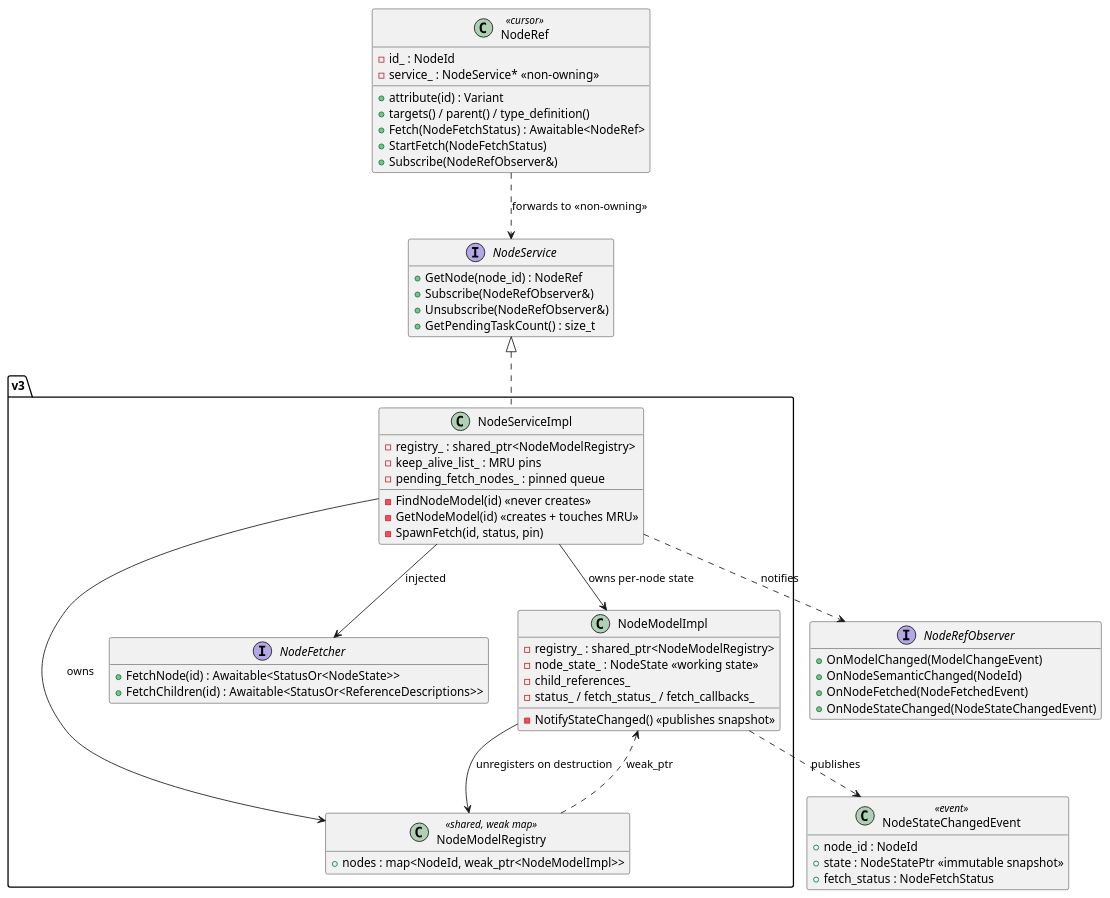
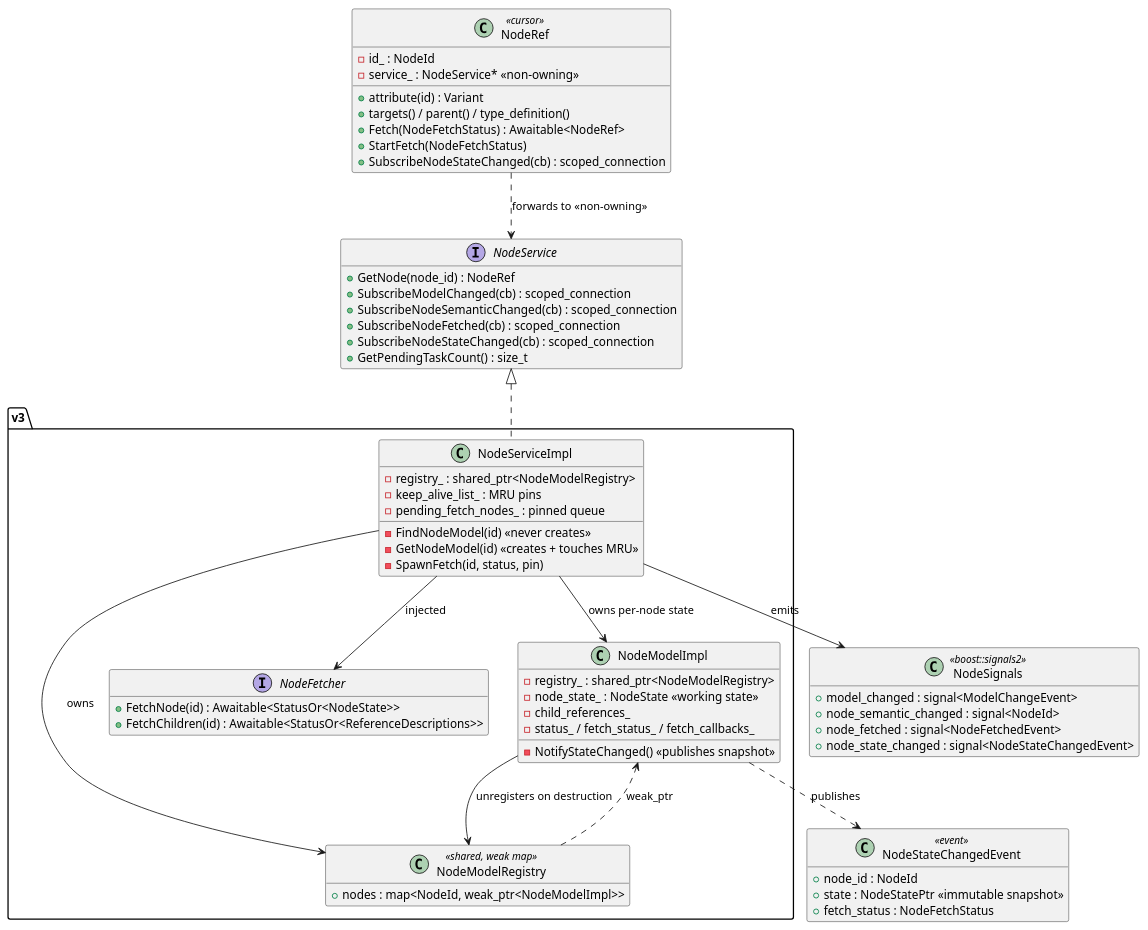
Before and after one commit to alexsmn/scada-common: the diagram in docs/diagrams/node_service_classes.puml, drawn with PlantUML. The commit also changed 5 other files, not shown here.

```diff
--- a/docs/diagrams/node_service_classes.puml
+++ b/docs/diagrams/node_service_classes.puml
@@ -1,74 +1,76 @@
 @startuml node_service_classes
 ' Core NodeService abstractions and the v3 implementation.
 skinparam backgroundColor #FFFFFF
 skinparam shadowing false
 hide empty members
 
 interface NodeService {
   +GetNode(node_id) : NodeRef
-  +Subscribe(NodeRefObserver&)
-  +Unsubscribe(NodeRefObserver&)
+  +SubscribeModelChanged(cb) : scoped_connection
+  +SubscribeNodeSemanticChanged(cb) : scoped_connection
+  +SubscribeNodeFetched(cb) : scoped_connection
+  +SubscribeNodeStateChanged(cb) : scoped_connection
   +GetPendingTaskCount() : size_t
 }
 
 class NodeRef <<cursor>> {
   -id_ : NodeId
   -service_ : NodeService* <<non-owning>>
   +attribute(id) : Variant
   +targets() / parent() / type_definition()
   +Fetch(NodeFetchStatus) : Awaitable<NodeRef>
   +StartFetch(NodeFetchStatus)
-  +Subscribe(NodeRefObserver&)
+  +SubscribeNodeStateChanged(cb) : scoped_connection
 }
 
-interface NodeRefObserver {
-  +OnModelChanged(ModelChangeEvent)
-  +OnNodeSemanticChanged(NodeId)
-  +OnNodeFetched(NodeFetchedEvent)
-  +OnNodeStateChanged(NodeStateChangedEvent)
+class NodeSignals <<boost::signals2>> {
+  +model_changed : signal<ModelChangeEvent>
+  +node_semantic_changed : signal<NodeId>
+  +node_fetched : signal<NodeFetchedEvent>
+  +node_state_changed : signal<NodeStateChangedEvent>
 }
 
 class NodeStateChangedEvent <<event>> {
   +node_id : NodeId
   +state : NodeStatePtr <<immutable snapshot>>
   +fetch_status : NodeFetchStatus
 }
 
 package "v3" {
   class NodeServiceImpl {
     -registry_ : shared_ptr<NodeModelRegistry>
     -keep_alive_list_ : MRU pins
     -pending_fetch_nodes_ : pinned queue
     -FindNodeModel(id) <<never creates>>
     -GetNodeModel(id) <<creates + touches MRU>>
     -SpawnFetch(id, status, pin)
   }
 
   class NodeModelImpl {
     -registry_ : shared_ptr<NodeModelRegistry>
     -node_state_ : NodeState <<working state>>
     -child_references_
     -status_ / fetch_status_ / fetch_callbacks_
     -NotifyStateChanged() <<publishes snapshot>>
   }
 
   class NodeModelRegistry <<shared, weak map>> {
     +nodes : map<NodeId, weak_ptr<NodeModelImpl>>
   }
 
   interface NodeFetcher {
     +FetchNode(id) : Awaitable<StatusOr<NodeState>>
     +FetchChildren(id) : Awaitable<StatusOr<ReferenceDescriptions>>
   }
 }
 
 NodeService <|.. NodeServiceImpl
 NodeRef ..> NodeService : forwards to <<non-owning>>
 NodeServiceImpl --> NodeModelImpl : owns per-node state
 NodeServiceImpl --> NodeModelRegistry : owns
 NodeModelImpl --> NodeModelRegistry : unregisters on destruction
 NodeModelRegistry ..> NodeModelImpl : weak_ptr
 NodeServiceImpl --> NodeFetcher : injected
-NodeServiceImpl ..> NodeRefObserver : notifies
+NodeServiceImpl --> NodeSignals : emits
 NodeModelImpl ..> NodeStateChangedEvent : publishes
 @enduml
```
